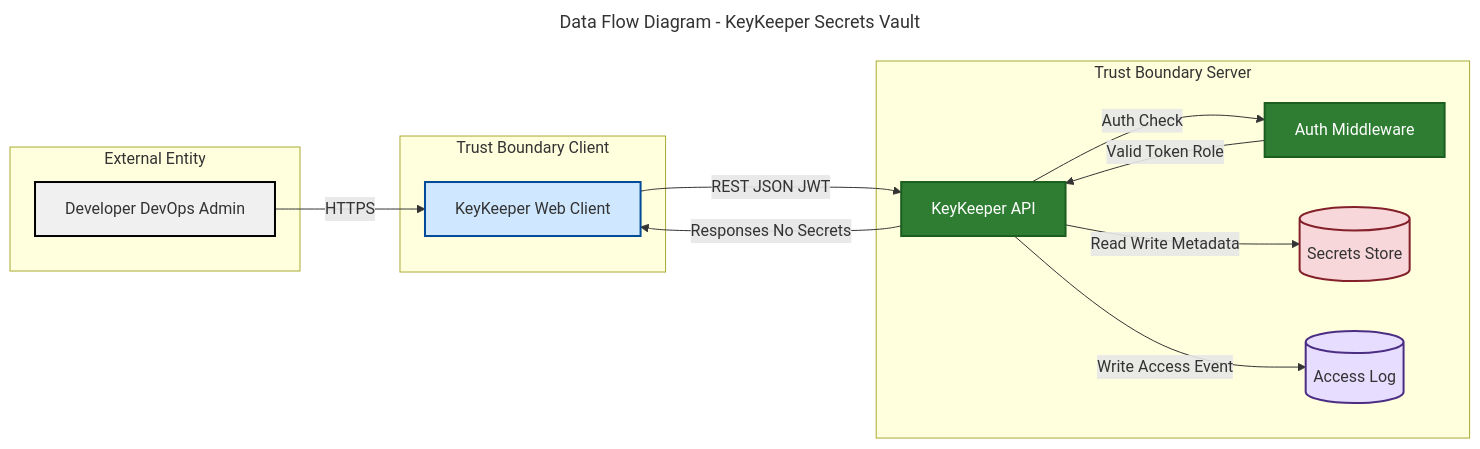
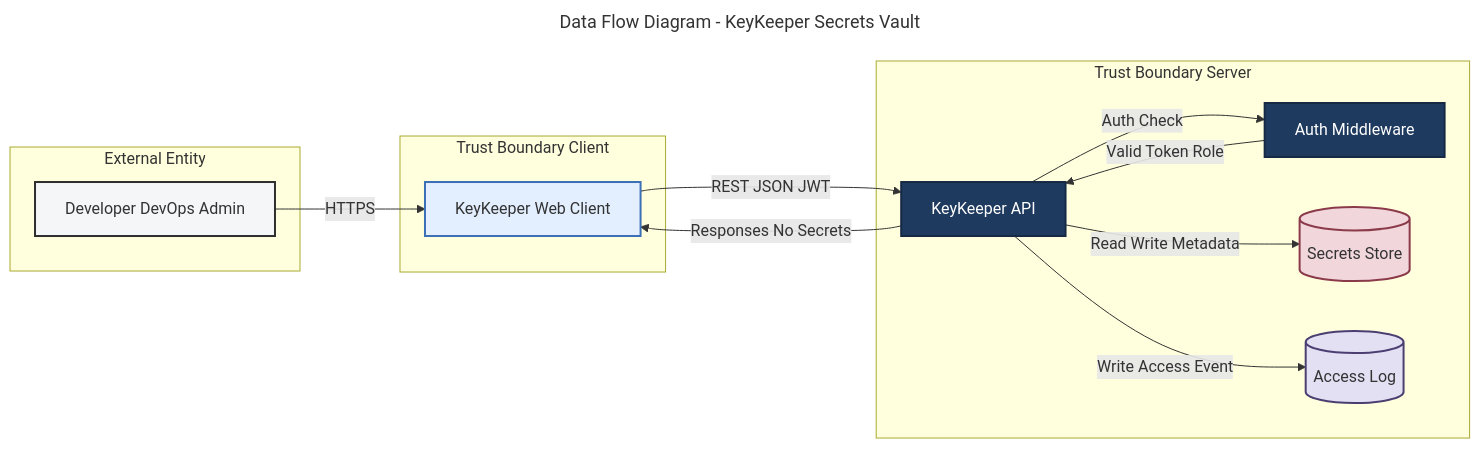
The diagram in 05-keykeeper/threat-model/dfd.mmd (osteinke/security-capstone-student), drawn with Mermaid before and after one commit.

Commit message:
add diagram

```diff
--- a/05-keykeeper/threat-model/dfd.mmd
+++ b/05-keykeeper/threat-model/dfd.mmd
@@ -1,47 +1,48 @@
 ---
 title: Data Flow Diagram - KeyKeeper Secrets Vault
 ---
 
 flowchart LR
 
 subgraph External["External Entity"]
     User[Developer DevOps Admin]
 end
 
 subgraph ClientTrust["Trust Boundary Client"]
     FE[KeyKeeper Web Client]
 end
 
 subgraph ServerTrust["Trust Boundary Server"]
     API[KeyKeeper API]
     AUTH[Auth Middleware]
     DB[(Secrets Store)]
     LOG[(Access Log)]
 end
 
 User -->|"HTTPS"| FE
 FE -->|"REST JSON JWT"| API
 
 API -->|"Auth Check"| AUTH
 AUTH -->|"Valid Token Role"| API
 
 API -->|"Read Write Metadata"| DB
 API -->|"Write Access Event"| LOG
 API -->|"Responses No Secrets"| FE
 
 
-%% High-visibility, brand-agnostic colors
-classDef external fill:#f0f0f0,stroke:#000000,stroke-width:2px
-classDef client fill:#cfe8ff,stroke:#004a99,stroke-width:2px
-classDef server fill:#2e7d32,stroke:#1b5e20,stroke-width:2px,color:#ffffff
-classDef database fill:#f8d7da,stroke:#842029,stroke-width:2px
-classDef audit fill:#e6ddff,stroke:#4b2e83,stroke-width:2px
+%% Harmonious high-visibility palette (no green)
+classDef external fill:#f4f6f8,stroke:#2e2e2e,stroke-width:2px
+classDef client fill:#e3efff,stroke:#3b6fb6,stroke-width:2px
+classDef server fill:#1f3a5f,stroke:#162a45,stroke-width:2px,color:#ffffff
+classDef database fill:#f1d6dc,stroke:#8b3a4a,stroke-width:2px
+classDef audit fill:#e4e0f4,stroke:#4b3f72,stroke-width:2px
+
 
 
 
 class User external
 class FE client
 class API server
 class AUTH server
 class DB database
 class LOG audit
```
